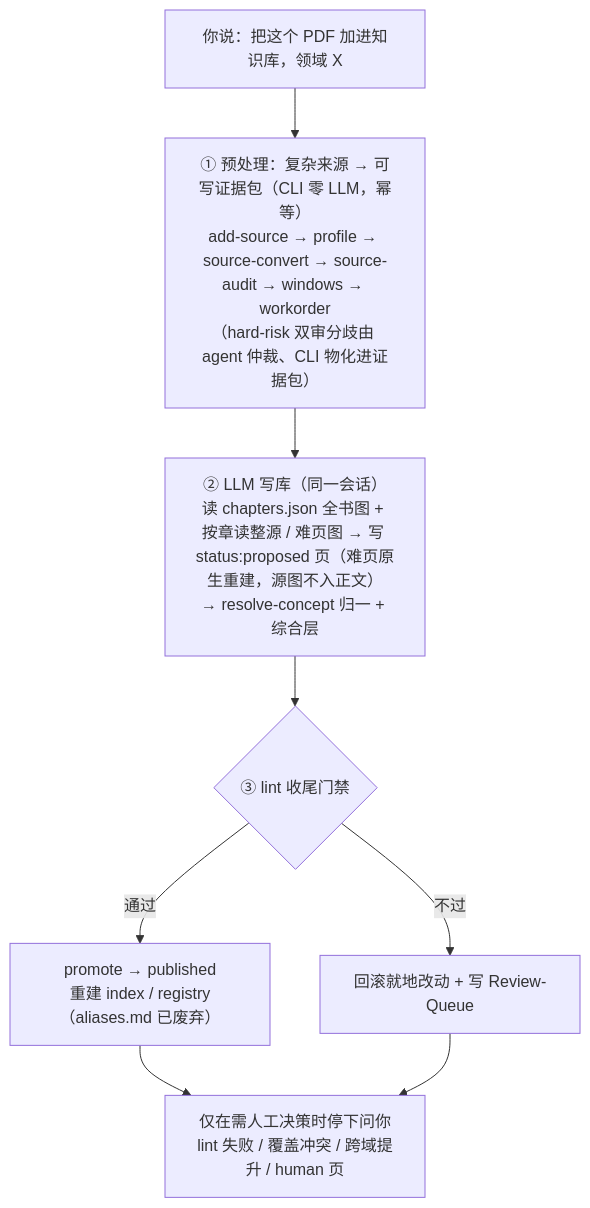
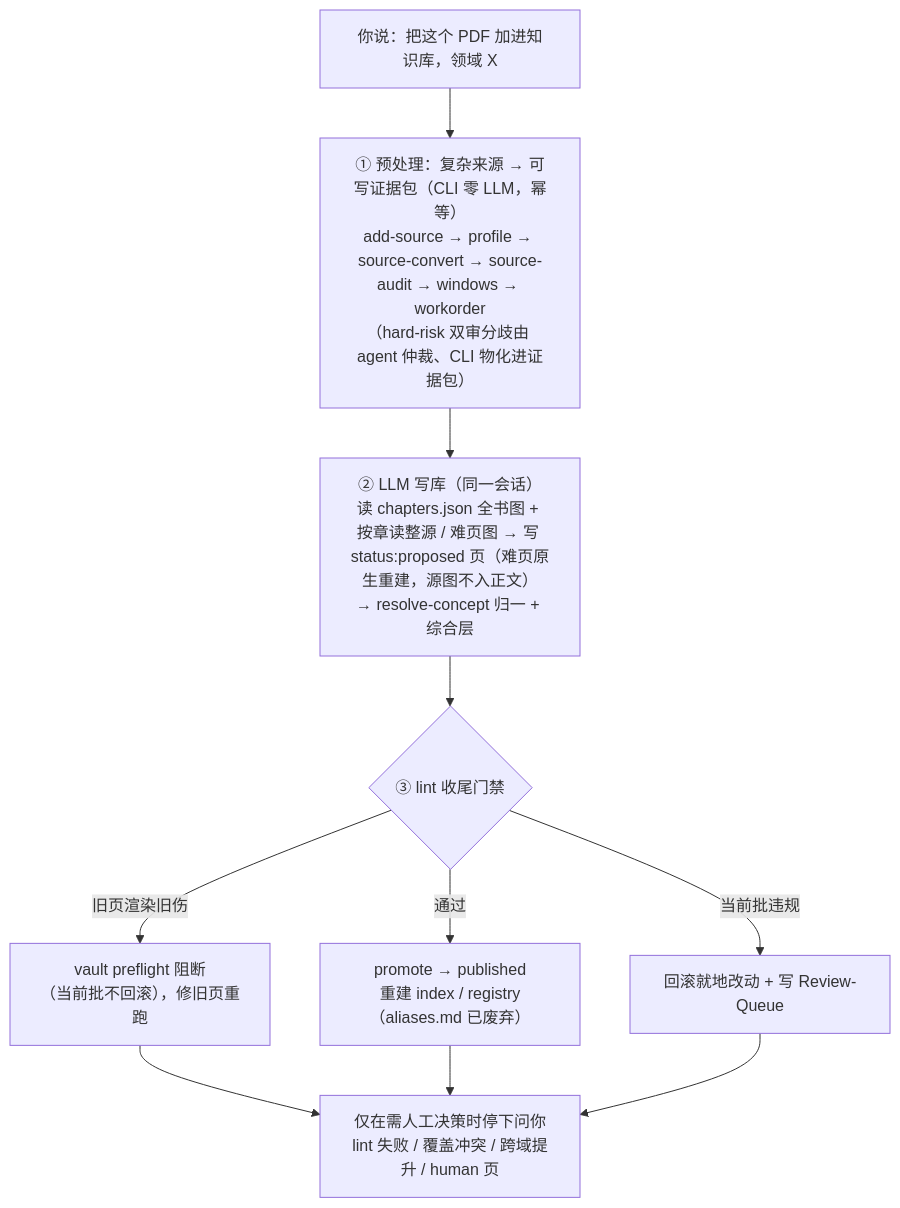
Before and after one commit to Iabstergo1/pdf-to-study-kb: the diagram in README.md, drawn with Mermaid. The commit also changed other lines of this file and 2 other files, not shown here.

First line of the commit message:
docs: 最后三处收尾——高层流程图区分 preflight 阻断、彻底删测试数快照、守卫正则补形状

````diff
--- a/README.md
+++ b/README.md
@@ -147,10 +147,12 @@
 ```mermaid
 flowchart TD
     U["你说：把这个 PDF 加进知识库，领域 X"] --> P["① 预处理：复杂来源 → 可写证据包（CLI 零 LLM，幂等）<br/>add-source → profile → source-convert → source-audit → windows → workorder<br/>（hard-risk 双审分歧由 agent 仲裁、CLI 物化进证据包）"]
     P --> W["② LLM 写库（同一会话）<br/>读 chapters.json 全书图 + 按章读整源 / 难页图 → 写 status:proposed 页（难页原生重建，源图不入正文）<br/>→ resolve-concept 归一 + 综合层"]
     W --> G{"③ lint 收尾门禁"}
     G -->|通过| Pub["promote → published<br/>重建 index / registry（aliases.md 已废弃）"]
-    G -->|不过| RQ["回滚就地改动 + 写 Review-Queue"]
+    G -->|旧页渲染旧伤| VH["vault preflight 阻断<br/>（当前批不回滚），修旧页重跑"]
+    G -->|当前批违规| RQ["回滚就地改动 + 写 Review-Queue"]
+    VH --> Stop
     Pub --> Stop["仅在需人工决策时停下问你<br/>lint 失败 / 覆盖冲突 / 跨域提升 / human 页"]
     RQ --> Stop
 ```
````
